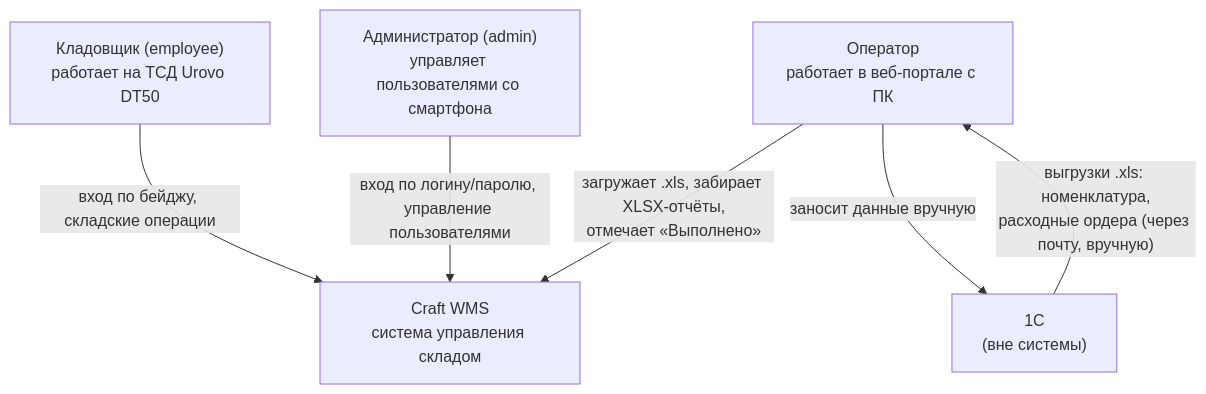
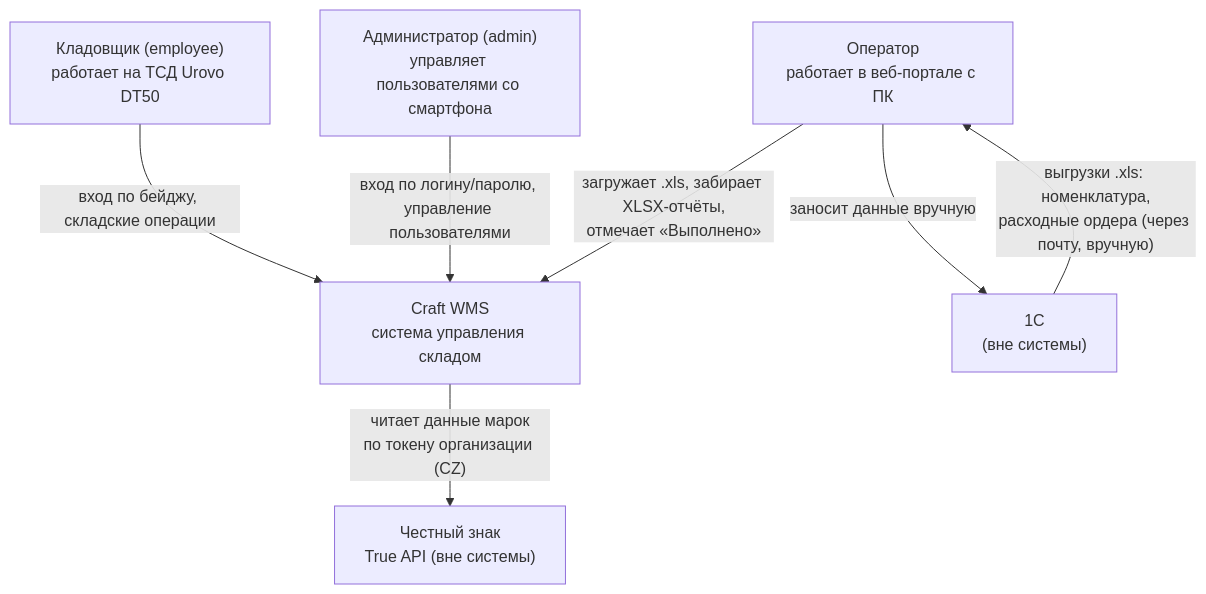
The first of 4 diagrams in docs/architecture.md (SergeiSMV/craft_limonades), drawn with Mermaid before and after one commit. The commit also changed other lines of this file and 33 other files, not shown here.

First line of the commit message:
feat(cz): CZ-02 - подписант cz-signer на хосте и клиент True API

````diff
--- a/docs/architecture.md
+++ b/docs/architecture.md
@@ -33,14 +33,16 @@
 ```mermaid
 flowchart TB
     worker["Кладовщик (employee)<br/>работает на ТСД Urovo DT50"]
     admin["Администратор (admin)<br/>управляет пользователями со смартфона"]
     op["Оператор<br/>работает в веб-портале с ПК"]
     wms["Craft WMS<br/>система управления складом"]
     onec["1С<br/>(вне системы)"]
+    cz["Честный знак<br/>True API (вне системы)"]
 
     worker -->|"вход по бейджу, складские операции"| wms
     admin -->|"вход по логину/паролю, управление пользователями"| wms
     onec -->|"выгрузки .xls: номенклатура,<br/>расходные ордера (через почту, вручную)"| op
     op -->|"загружает .xls, забирает XLSX-отчёты,<br/>отмечает «Выполнено»"| wms
     op -->|"заносит данные вручную"| onec
+    wms -->|"читает данные марок<br/>по токену организации (CZ)"| cz
 ```
````
